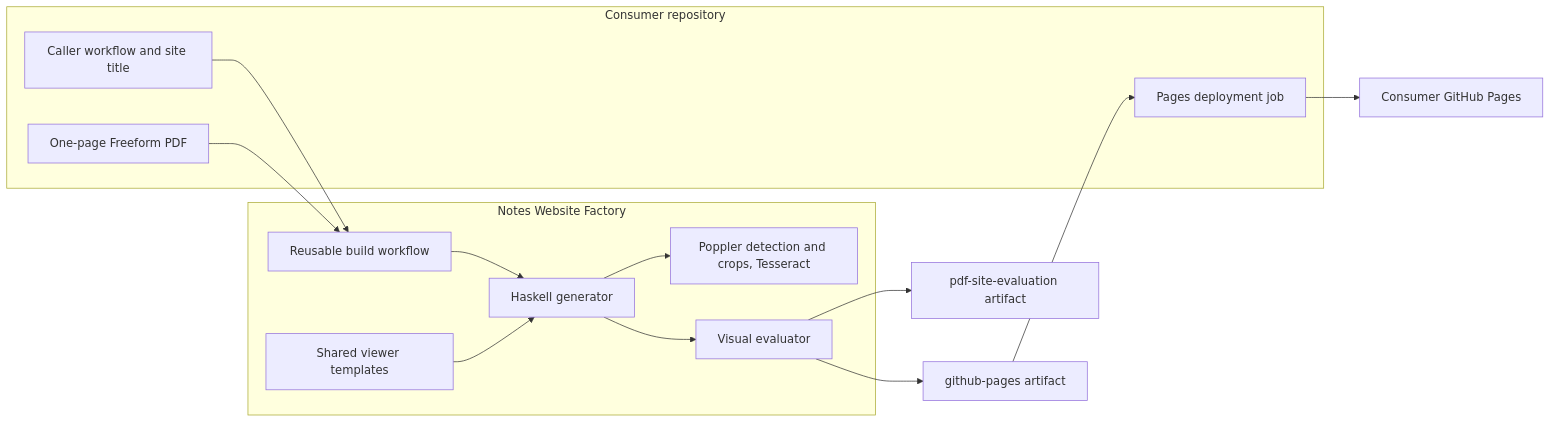
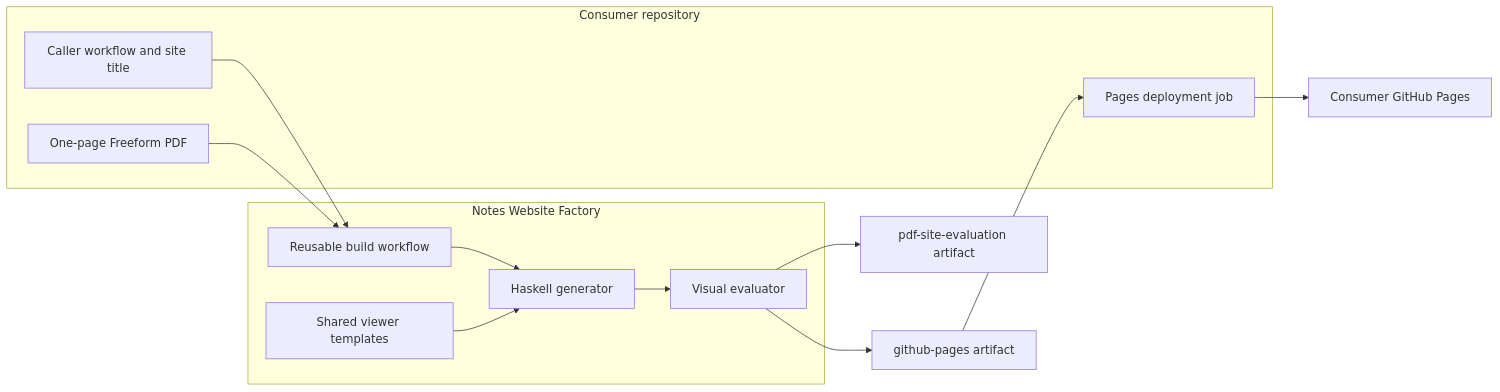
Before and after one commit to bajor/notes-website-factory-workflow: the first of 3 diagrams in docs/architecture.md, drawn with Mermaid. The commit also changed other lines of this file and 38 other files, not shown here.

````diff
--- a/docs/architecture.md
+++ b/docs/architecture.md
@@ -11,30 +11,28 @@
 ```mermaid
 flowchart LR
   subgraph Consumer[Consumer repository]
     PDF[One-page Freeform PDF]
     Caller[Caller workflow and site title]
     Deploy[Pages deployment job]
   end
 
   subgraph Factory[Notes Website Factory]
     Workflow[Reusable build workflow]
     Generator[Haskell generator]
-    TopicTools[Poppler detection and crops, Tesseract]
     Viewer[Shared viewer templates]
     Oracle[Visual evaluator]
   end
 
   PagesArtifact[github-pages artifact]
   EvidenceArtifact[pdf-site-evaluation artifact]
   Pages[Consumer GitHub Pages]
 
   Caller --> Workflow
   PDF --> Workflow
   Workflow --> Generator
-  Generator --> TopicTools
   Viewer --> Generator
   Generator --> Oracle
   Oracle --> PagesArtifact
   Oracle --> EvidenceArtifact
   PagesArtifact --> Deploy --> Pages
 ```
````
